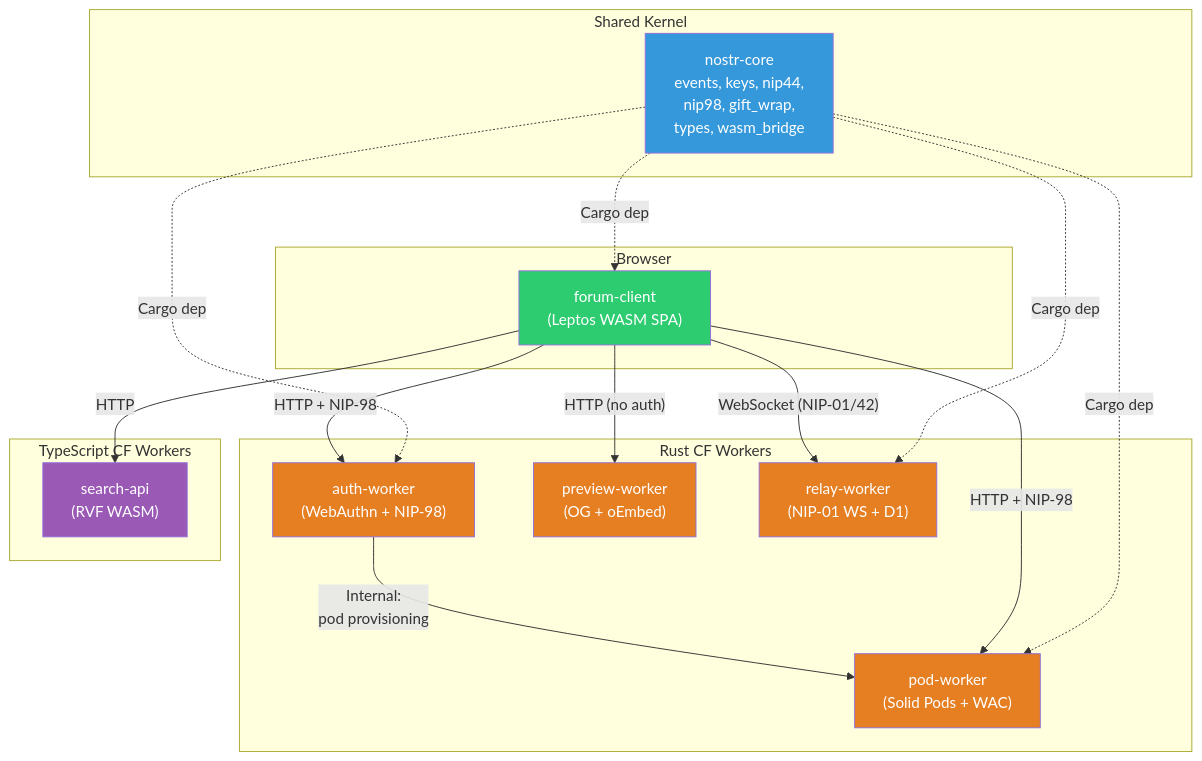
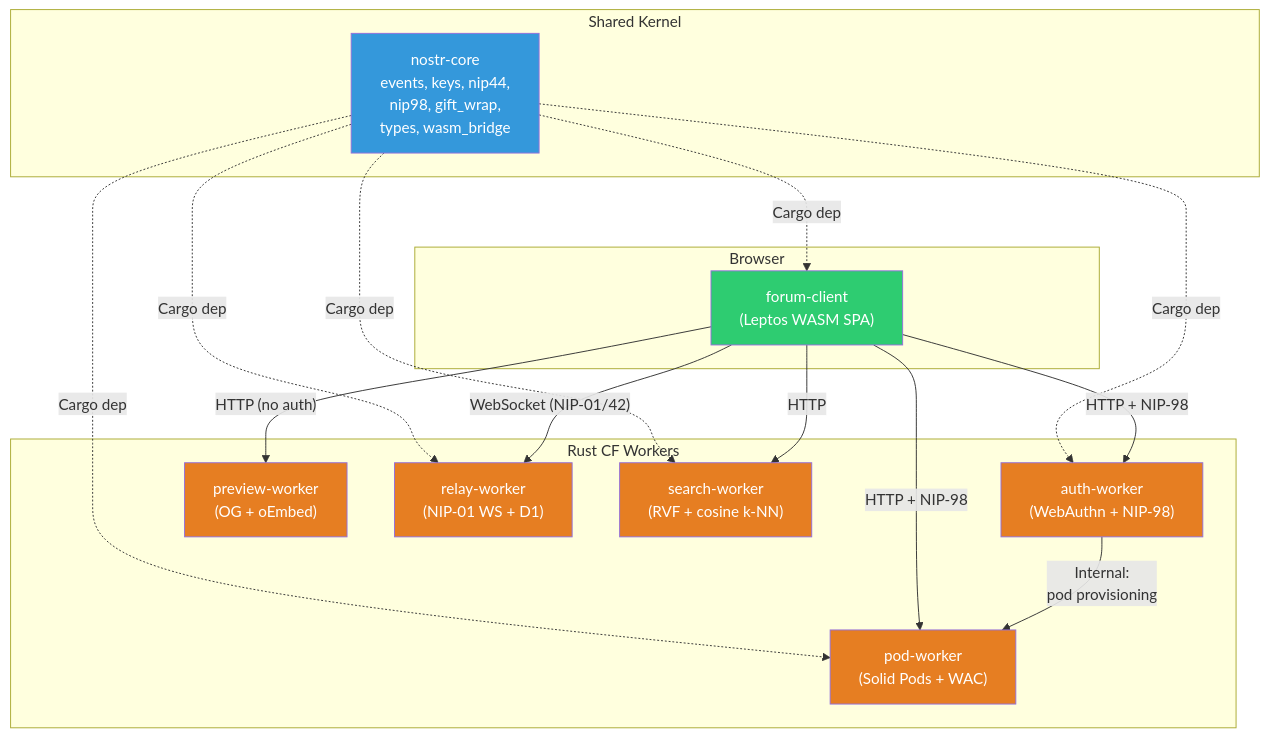
Before and after one commit to DreamLab-AI/dreamlab-ai-website: the first of 3 diagrams in docs/ddd/02-bounded-contexts.md, drawn with Mermaid. The commit also changed other lines of this file and 32 other files, not shown here.

````diff
--- a/docs/ddd/02-bounded-contexts.md
+++ b/docs/ddd/02-bounded-contexts.md
@@ -9,41 +9,39 @@
 ```mermaid
 graph TB
     subgraph "Shared Kernel"
         NC["nostr-core<br/>events, keys, nip44,<br/>nip98, gift_wrap,<br/>types, wasm_bridge"]
     end
 
     subgraph "Browser"
         FC["forum-client<br/>(Leptos WASM SPA)"]
     end
 
     subgraph "Rust CF Workers"
         AW["auth-worker<br/>(WebAuthn + NIP-98)"]
         PW["pod-worker<br/>(Solid Pods + WAC)"]
         PV["preview-worker<br/>(OG + oEmbed)"]
         RW["relay-worker<br/>(NIP-01 WS + D1)"]
-    end
-
-    subgraph "TypeScript CF Workers"
-        SA["search-api<br/>(RVF WASM)"]
+        SW["search-worker<br/>(RVF + cosine k-NN)"]
     end
 
     NC -.->|Cargo dep| FC
     NC -.->|Cargo dep| AW
     NC -.->|Cargo dep| PW
     NC -.->|Cargo dep| RW
+    NC -.->|Cargo dep| SW
 
     FC -->|"HTTP + NIP-98"| AW
     FC -->|"HTTP + NIP-98"| PW
     FC -->|"HTTP (no auth)"| PV
     FC -->|"WebSocket (NIP-01/42)"| RW
-    FC -->|"HTTP"| SA
+    FC -->|"HTTP"| SW
     AW -->|"Internal:<br/>pod provisioning"| PW
 
     style NC fill:#3498db,color:#fff
     style FC fill:#2ecc71,color:#fff
     style AW fill:#e67e22,color:#fff
     style PW fill:#e67e22,color:#fff
     style PV fill:#e67e22,color:#fff
     style RW fill:#e67e22,color:#fff
-    style SA fill:#9b59b6,color:#fff
+    style SW fill:#e67e22,color:#fff
 ```
````
